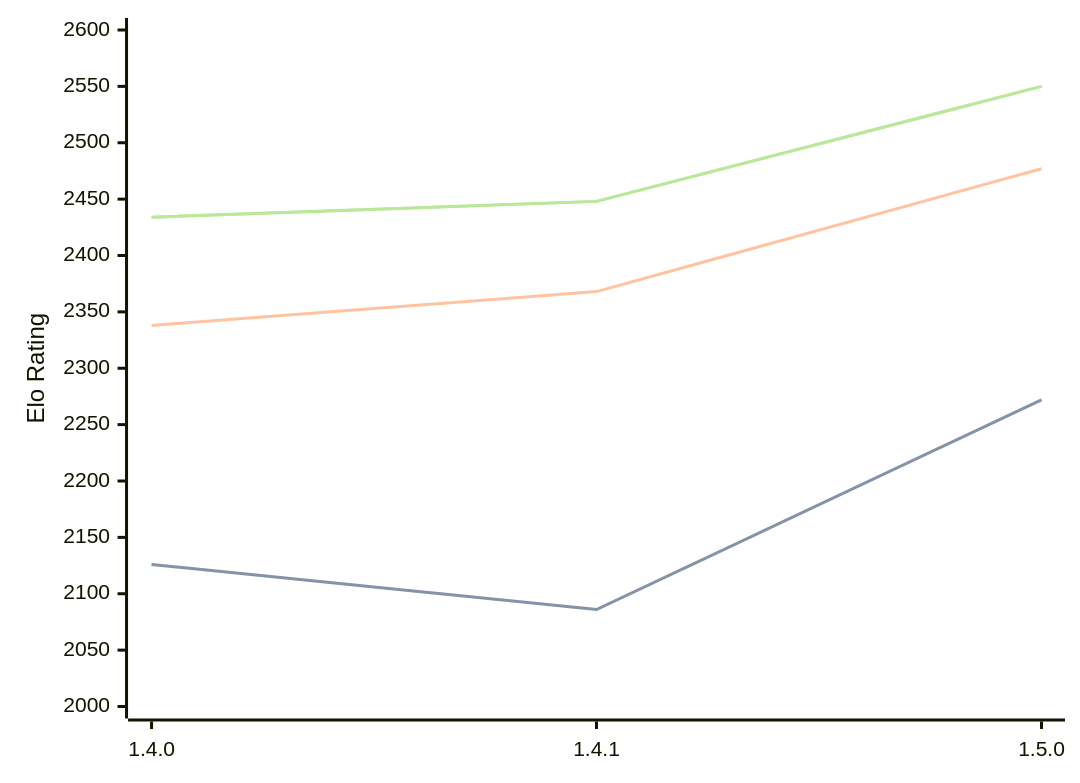
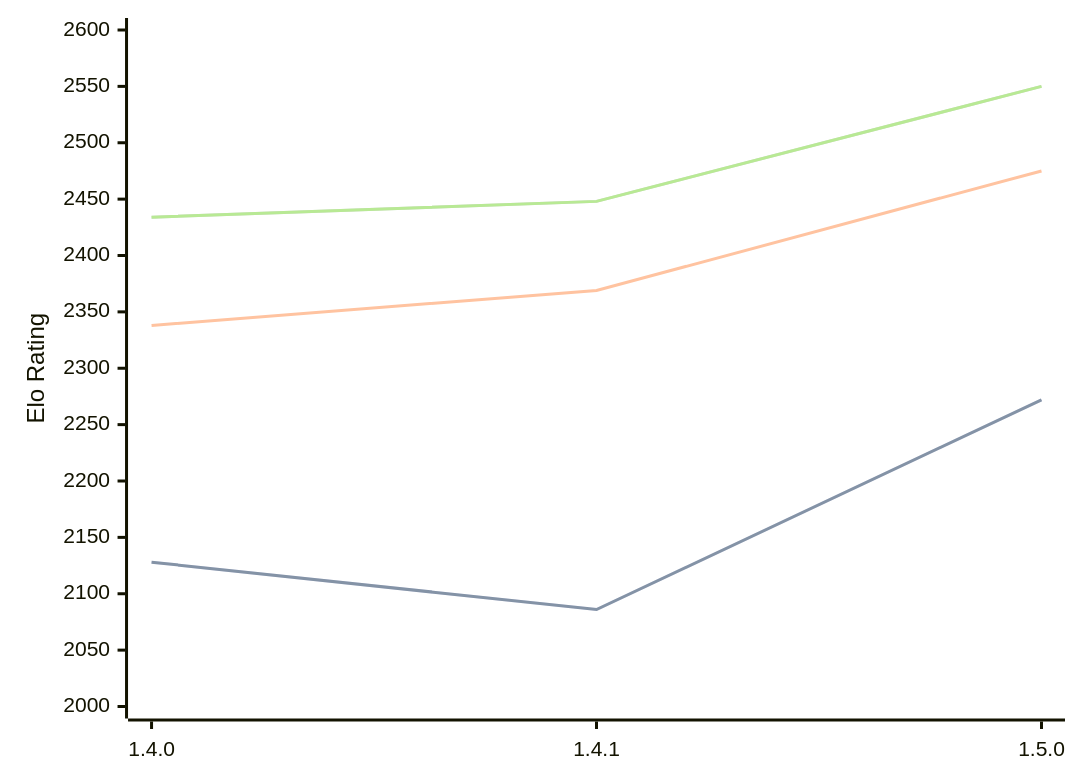
Before and after one commit to computer-chess-index/cci: the diagram in engines/Tofiks.md, drawn with Mermaid. The commit also changed other lines of this file, not shown here.

````diff
--- a/engines/Tofiks.md
+++ b/engines/Tofiks.md
@@ -37,11 +37,11 @@
 ```mermaid
 %%{init: {"theme":"base","themeVariables":{"seriesColors:['#a3a3a3','#222221','#faa371']}}}%%
 xychart-beta
   x-axis ["1.4.0", "1.4.1", "1.5.0"]
   y-axis "Elo Rating" 2000 --> 2600
-  line "STC (8.0+0.08s)" [2126, 2086, 2272]
-  line "STC (8.0+0.08s)" [2126, 2086, 2272]
-  line "LTC (60.0+0.60s)" [2338, 2368, 2477]
+  line "STC (8.0+0.08s)" [2128, 2086, 2272]
+  line "STC (8.0+0.08s)" [2128, 2086, 2272]
+  line "LTC (60.0+0.60s)" [2338, 2369, 2475]
   line "VLTC (2m24s+1.12s)" [2434, 2448, 2550]
   line "VLTC (2m24s+1.12s)" [2434, 2448, 2550]
 ```
````
